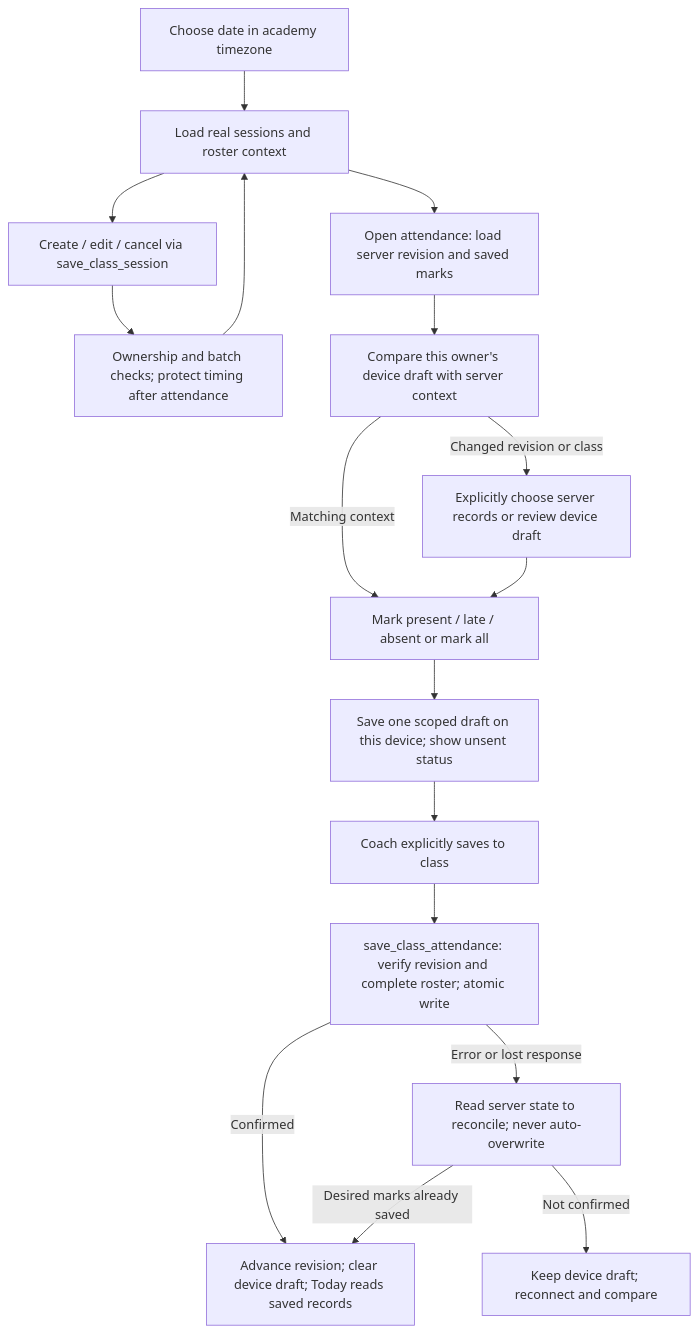
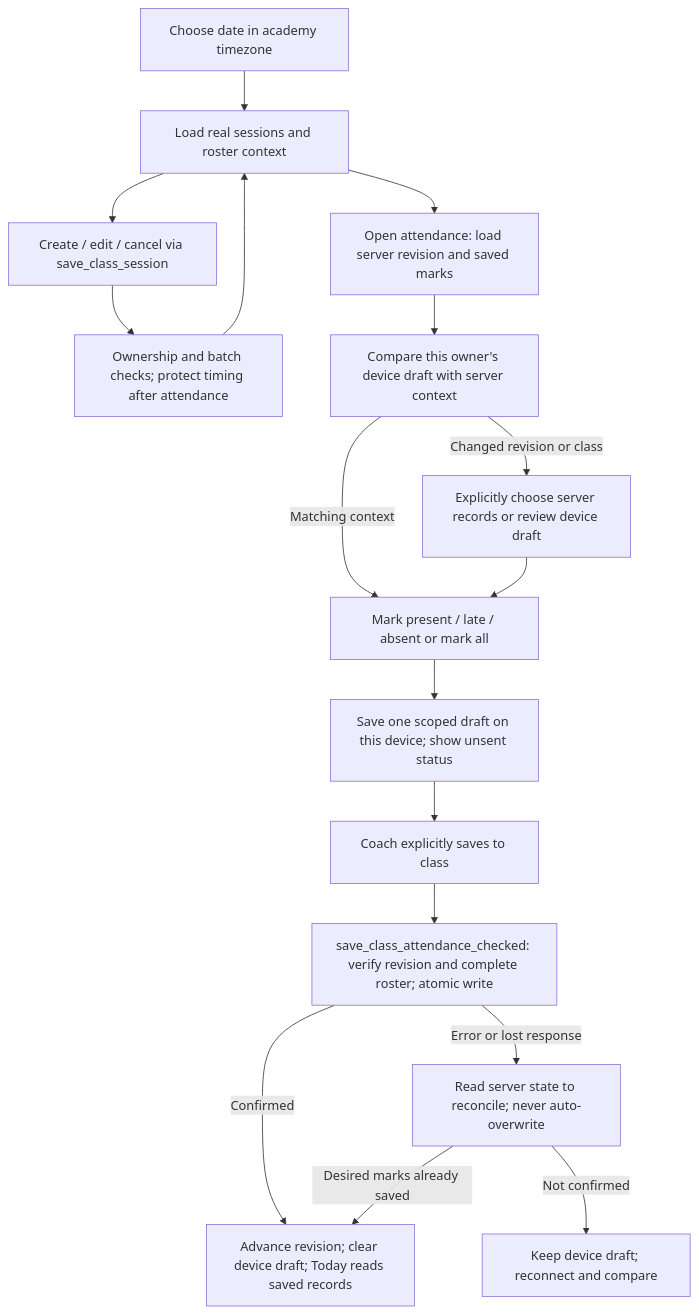
The fifth of 8 diagrams in docs/ARCHITECTURE.md (appsworld2027/Parent-plus-), drawn with Mermaid before and after one commit. The commit also changed other lines of this file and 19 other files, not shown here.

````diff
--- a/docs/ARCHITECTURE.md
+++ b/docs/ARCHITECTURE.md
@@ -151,19 +151,19 @@
 ```mermaid
 flowchart TD
     Date["Choose date in academy timezone"] --> List["Load real sessions and roster context"]
     List --> Edit["Create / edit / cancel via save_class_session"]
     Edit --> Protected["Ownership and batch checks; protect timing after attendance"]
     Protected --> List
     List --> Open["Open attendance: load server revision and saved marks"]
     Open --> Compare["Compare this owner's device draft with server context"]
     Compare -->|"Changed revision or class"| Choice["Explicitly choose server records or review device draft"]
     Compare -->|"Matching context"| Marks["Mark present / late / absent or mark all"]
     Choice --> Marks
     Marks --> Local["Save one scoped draft on this device; show unsent status"]
     Local --> Submit["Coach explicitly saves to class"]
-    Submit --> Server["save_class_attendance: verify revision and complete roster; atomic write"]
+    Submit --> Server["save_class_attendance_checked: verify revision and complete roster; atomic write"]
     Server -->|"Confirmed"| Done["Advance revision; clear device draft; Today reads saved records"]
     Server -->|"Error or lost response"| Read["Read server state to reconcile; never auto-overwrite"]
     Read -->|"Desired marks already saved"| Done
     Read -->|"Not confirmed"| Keep["Keep device draft; reconnect and compare"]
 ```
````
